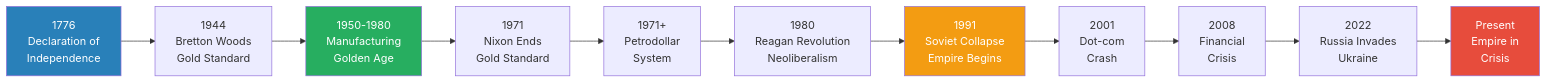
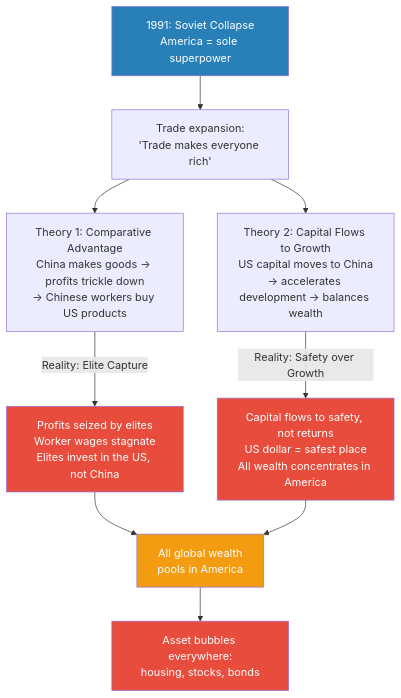
One commit to alius33/reader changed the fourth of 8 diagrams in summaries/Lectures/Geo-Strategy/03 - How Empire is Destroying America.md. Above: the diagram before and after it, drawn with Mermaid. The commit also changed other lines of this file and 26 other files, not shown here.

````diff
--- a/summaries/Lectures/Geo-Strategy/03 - How Empire is Destroying America.md
+++ b/summaries/Lectures/Geo-Strategy/03 - How Empire is Destroying America.md
@@ -295,17 +246,17 @@
 ```mermaid
-flowchart LR
-    A["1776<br/>Declaration of<br/>Independence"] --> B["1944<br/>Bretton Woods<br/>Gold Standard"]
-    B --> C["1950-1980<br/>Manufacturing<br/>Golden Age"]
-    C --> D["1971<br/>Nixon Ends<br/>Gold Standard"]
-    D --> E["1971+<br/>Petrodollar<br/>System"]
-    E --> F["1980<br/>Reagan Revolution<br/>Neoliberalism"]
-    F --> G["1991<br/>Soviet Collapse<br/>Empire Begins"]
-    G --> H["2001<br/>Dot-com<br/>Crash"]
-    H --> I["2008<br/>Financial<br/>Crisis"]
-    I --> J["2022<br/>Russia Invades<br/>Ukraine"]
-    J --> K["Present<br/>Empire in<br/>Crisis"]
+flowchart TB
+    A["1991: Soviet Collapse<br/>America = sole superpower"]
+    A --> T["Trade expansion:<br/>'Trade makes everyone rich'"]
+    T --> T1["Theory 1: Comparative Advantage<br/>China makes goods → profits trickle down<br/>→ Chinese workers buy US products"]
+    T --> T2["Theory 2: Capital Flows to Growth<br/>US capital moves to China<br/>→ accelerates development → balances wealth"]
+    T1 -->|"Reality: Elite Capture"| F1["Profits seized by elites<br/>Worker wages stagnate<br/>Elites invest in the US, not China"]
+    T2 -->|"Reality: Safety over Growth"| F2["Capital flows to safety, not returns<br/>US dollar = safest place<br/>All wealth concentrates in America"]
+    F1 --> R["All global wealth<br/>pools in America"]
+    F2 --> R
+    R --> B["Asset bubbles everywhere:<br/>housing, stocks, bonds"]
     style A fill:#2980b9,color:#fff
-    style C fill:#27ae60,color:#fff
-    style G fill:#f39c12,color:#fff
-    style K fill:#e74c3c,color:#fff
+    style F1 fill:#e74c3c,color:#fff
+    style F2 fill:#e74c3c,color:#fff
+    style R fill:#f39c12,color:#fff
+    style B fill:#e74c3c,color:#fff
 ```
````
